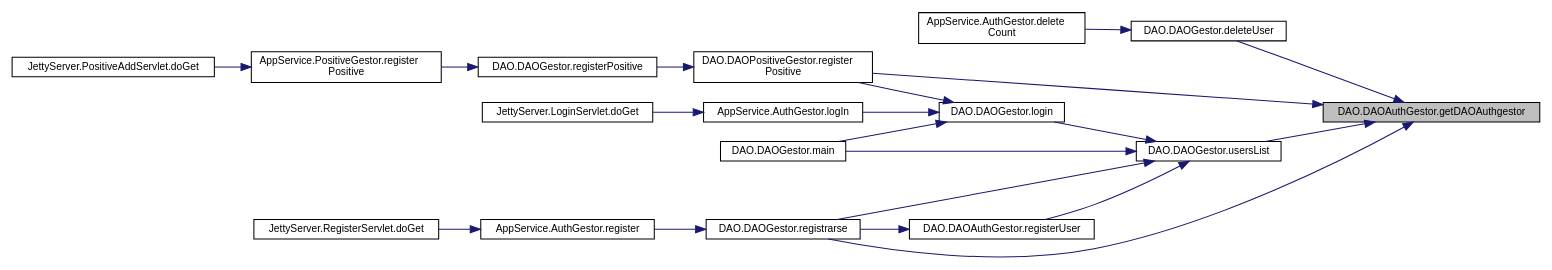
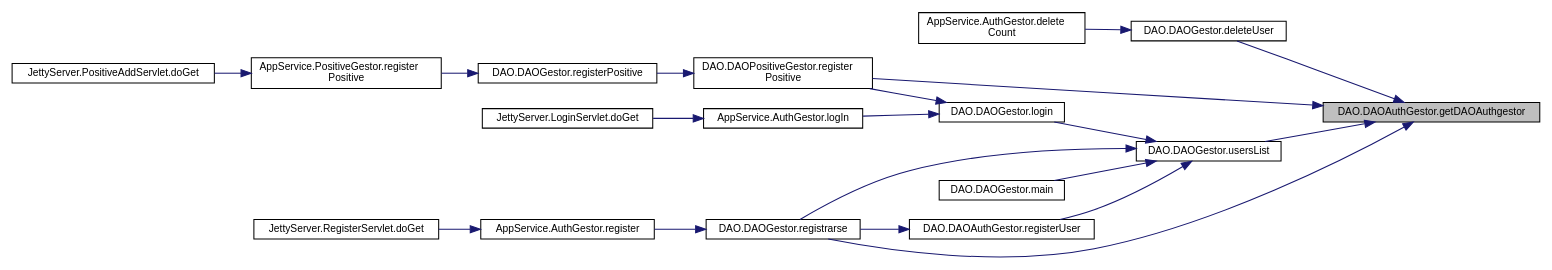
One commit to enekoatxa/RadarCovid changed the diagram in docs/class_d_a_o_1_1_d_a_o_auth_gestor_a66e416b12c23bcafc97224a2d2c29c1a_icgraph.dot. Above: the diagram before and after it, drawn with Graphviz. The commit also changed 281 other files, not shown here.

```diff
--- a/docs/class_d_a_o_1_1_d_a_o_auth_gestor_a66e416b12c23bcafc97224a2d2c29c1a_icgraph.dot
+++ b/docs/class_d_a_o_1_1_d_a_o_auth_gestor_a66e416b12c23bcafc97224a2d2c29c1a_icgraph.dot
@@ -1,42 +1,41 @@
 digraph "DAO.DAOAuthGestor.getDAOAuthgestor"
 {
  // LATEX_PDF_SIZE
   edge [fontname="Helvetica",fontsize="10",labelfontname="Helvetica",labelfontsize="10"];
   node [fontname="Helvetica",fontsize="10",shape=record];
   rankdir="RL";
   Node1 [label="DAO.DAOAuthGestor.getDAOAuthgestor",height=0.2,width=0.4,color="black", fillcolor="grey75", style="filled", fontcolor="black",tooltip=" "];
   Node1 -> Node2 [dir="back",color="midnightblue",fontsize="10",style="solid",fontname="Helvetica"];
   Node2 [label="DAO.DAOGestor.deleteUser",height=0.2,width=0.4,color="black", fillcolor="white", style="filled",URL="$class_d_a_o_1_1_d_a_o_gestor.html#a50627681087d0980c63a832df4889cc5",tooltip=" "];
   Node2 -> Node3 [dir="back",color="midnightblue",fontsize="10",style="solid",fontname="Helvetica"];
   Node3 [label="AppService.AuthGestor.delete\lCount",height=0.2,width=0.4,color="black", fillcolor="white", style="filled",URL="$class_app_service_1_1_auth_gestor.html#aa6ff344b90eb77a27dfc200fba74c523",tooltip=" "];
   Node1 -> Node4 [dir="back",color="midnightblue",fontsize="10",style="solid",fontname="Helvetica"];
   Node4 [label="DAO.DAOPositiveGestor.register\lPositive",height=0.2,width=0.4,color="black", fillcolor="white", style="filled",URL="$class_d_a_o_1_1_d_a_o_positive_gestor.html#a5602d2f32fec0dd9f222402f8b1ad48e",tooltip=" "];
   Node4 -> Node5 [dir="back",color="midnightblue",fontsize="10",style="solid",fontname="Helvetica"];
   Node5 [label="DAO.DAOGestor.registerPositive",height=0.2,width=0.4,color="black", fillcolor="white", style="filled",URL="$class_d_a_o_1_1_d_a_o_gestor.html#a6ea0f06fc24dd013578351ec8e0302fd",tooltip=" "];
   Node5 -> Node6 [dir="back",color="midnightblue",fontsize="10",style="solid",fontname="Helvetica"];
   Node6 [label="AppService.PositiveGestor.register\lPositive",height=0.2,width=0.4,color="black", fillcolor="white", style="filled",URL="$class_app_service_1_1_positive_gestor.html#a06e5a688499ef9d8dd92cb524f846e1e",tooltip=" "];
   Node6 -> Node7 [dir="back",color="midnightblue",fontsize="10",style="solid",fontname="Helvetica"];
   Node7 [label="JettyServer.PositiveAddServlet.doGet",height=0.2,width=0.4,color="black", fillcolor="white", style="filled",URL="$class_jetty_server_1_1_positive_add_servlet.html#aa97237f9c84de6958b9bf679d3b0211f",tooltip=" "];
   Node1 -> Node8 [dir="back",color="midnightblue",fontsize="10",style="solid",fontname="Helvetica"];
   Node8 [label="DAO.DAOGestor.registrarse",height=0.2,width=0.4,color="black", fillcolor="white", style="filled",URL="$class_d_a_o_1_1_d_a_o_gestor.html#af8006450bc0ccbcd0a98a310062b6565",tooltip=" "];
   Node8 -> Node9 [dir="back",color="midnightblue",fontsize="10",style="solid",fontname="Helvetica"];
   Node9 [label="AppService.AuthGestor.register",height=0.2,width=0.4,color="black", fillcolor="white", style="filled",URL="$class_app_service_1_1_auth_gestor.html#a5308a024c1e22f27e463c0987b00b9dd",tooltip=" "];
   Node9 -> Node10 [dir="back",color="midnightblue",fontsize="10",style="solid",fontname="Helvetica"];
   Node10 [label="JettyServer.RegisterServlet.doGet",height=0.2,width=0.4,color="black", fillcolor="white", style="filled",URL="$class_jetty_server_1_1_register_servlet.html#ab03335b5154d4e8ac1ca4797147e9d00",tooltip=" "];
   Node1 -> Node11 [dir="back",color="midnightblue",fontsize="10",style="solid",fontname="Helvetica"];
   Node11 [label="DAO.DAOGestor.usersList",height=0.2,width=0.4,color="black", fillcolor="white", style="filled",URL="$class_d_a_o_1_1_d_a_o_gestor.html#a9b1457f088f46740726042ccf4e657cf",tooltip=" "];
   Node11 -> Node12 [dir="back",color="midnightblue",fontsize="10",style="solid",fontname="Helvetica"];
   Node12 [label="DAO.DAOGestor.login",height=0.2,width=0.4,color="black", fillcolor="white", style="filled",URL="$class_d_a_o_1_1_d_a_o_gestor.html#ab819ad89aafa47a3cdb8c5db56962895",tooltip=" "];
   Node12 -> Node13 [dir="back",color="midnightblue",fontsize="10",style="solid",fontname="Helvetica"];
   Node13 [label="AppService.AuthGestor.logIn",height=0.2,width=0.4,color="black", fillcolor="white", style="filled",URL="$class_app_service_1_1_auth_gestor.html#aeafd43b974741a663c41ffcbb3accaf9",tooltip=" "];
   Node13 -> Node14 [dir="back",color="midnightblue",fontsize="10",style="solid",fontname="Helvetica"];
   Node14 [label="JettyServer.LoginServlet.doGet",height=0.2,width=0.4,color="black", fillcolor="white", style="filled",URL="$class_jetty_server_1_1_login_servlet.html#a1b41970a65fe867dfe40f80b4ccea338",tooltip=" "];
-  Node12 -> Node15 [dir="back",color="midnightblue",fontsize="10",style="solid",fontname="Helvetica"];
-  Node15 [label="DAO.DAOGestor.main",height=0.2,width=0.4,color="black", fillcolor="white", style="filled",URL="$class_d_a_o_1_1_d_a_o_gestor.html#a418601ed26da405dd755a8b193aa9d70",tooltip=" "];
   Node12 -> Node4 [dir="back",color="midnightblue",fontsize="10",style="solid",fontname="Helvetica"];
   Node11 -> Node15 [dir="back",color="midnightblue",fontsize="10",style="solid",fontname="Helvetica"];
+  Node15 [label="DAO.DAOGestor.main",height=0.2,width=0.4,color="black", fillcolor="white", style="filled",URL="$class_d_a_o_1_1_d_a_o_gestor.html#a418601ed26da405dd755a8b193aa9d70",tooltip=" "];
   Node11 -> Node16 [dir="back",color="midnightblue",fontsize="10",style="solid",fontname="Helvetica"];
   Node16 [label="DAO.DAOAuthGestor.registerUser",height=0.2,width=0.4,color="black", fillcolor="white", style="filled",URL="$class_d_a_o_1_1_d_a_o_auth_gestor.html#a369612d1e5e4be434ca6fb60caef0df7",tooltip=" "];
   Node16 -> Node8 [dir="back",color="midnightblue",fontsize="10",style="solid",fontname="Helvetica"];
   Node11 -> Node8 [dir="back",color="midnightblue",fontsize="10",style="solid",fontname="Helvetica"];
 }
```
